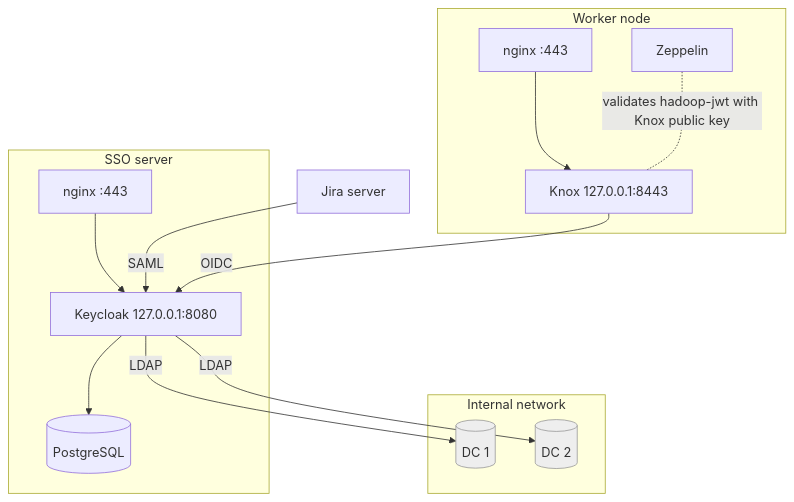
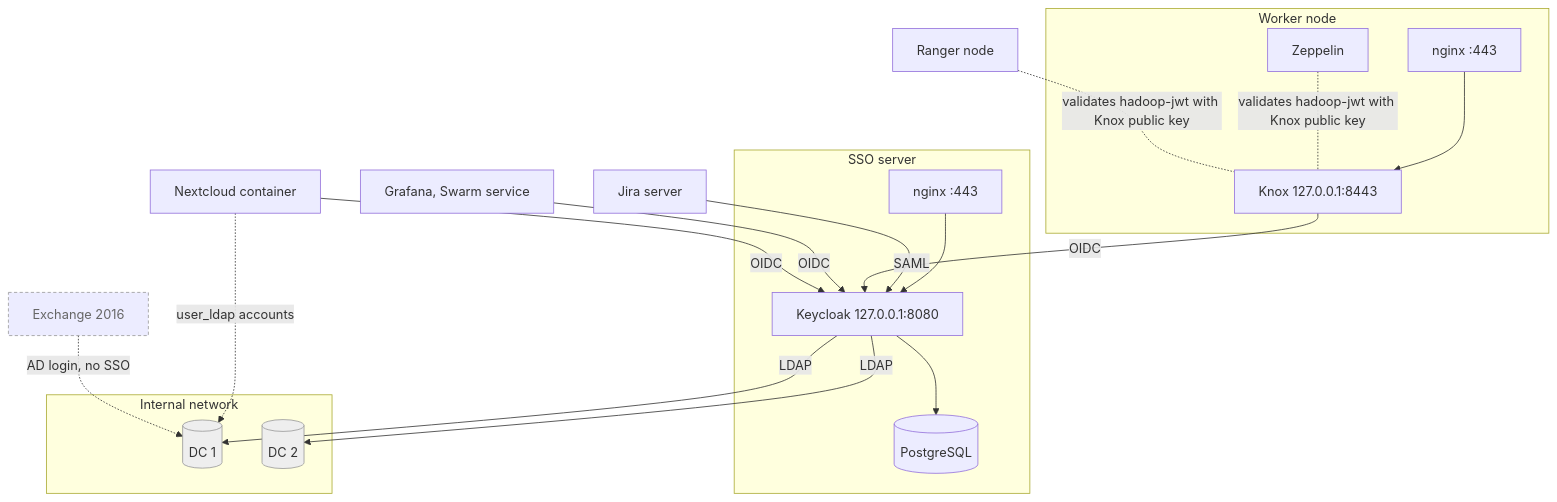
One commit to AnsariSepehr/enterprise-sso-keycloak changed the first of 2 diagrams in docs/architecture.md. Above: the diagram before and after it, drawn with Mermaid. The commit also changed other lines of this file, not shown here.

````diff
--- a/docs/architecture.md
+++ b/docs/architecture.md
@@ -9,20 +10,30 @@
 ```mermaid
 flowchart TB
   subgraph internal["Internal network"]
     AD1[(DC 1)]:::ad
     AD2[(DC 2)]:::ad
   end
   subgraph sso["SSO server"]
     N1[nginx :443] --> KC[Keycloak 127.0.0.1:8080] --> PG[(PostgreSQL)]
   end
   subgraph wn["Worker node"]
     N2[nginx :443] --> KNOX[Knox 127.0.0.1:8443]
     ZEP[Zeppelin]
   end
+  RANGER[Ranger node]
+  GRAF[Grafana, Swarm service]
+  NC[Nextcloud container]
   JIRA[Jira server]
+  EXCH[Exchange 2016]:::none
   KC -- LDAP --> AD1 & AD2
+  NC -. user_ldap accounts .-> AD1
+  EXCH -. AD login, no SSO .-> AD1
   JIRA -- SAML --> KC
   KNOX -- OIDC --> KC
+  GRAF -- OIDC --> KC
+  NC -- OIDC --> KC
   ZEP -. validates hadoop-jwt with Knox public key .- KNOX
+  RANGER -. validates hadoop-jwt with Knox public key .- KNOX
   classDef ad fill:#eee,stroke:#999
+  classDef none stroke-dasharray: 4 3,stroke:#999,color:#666
 ```
````
